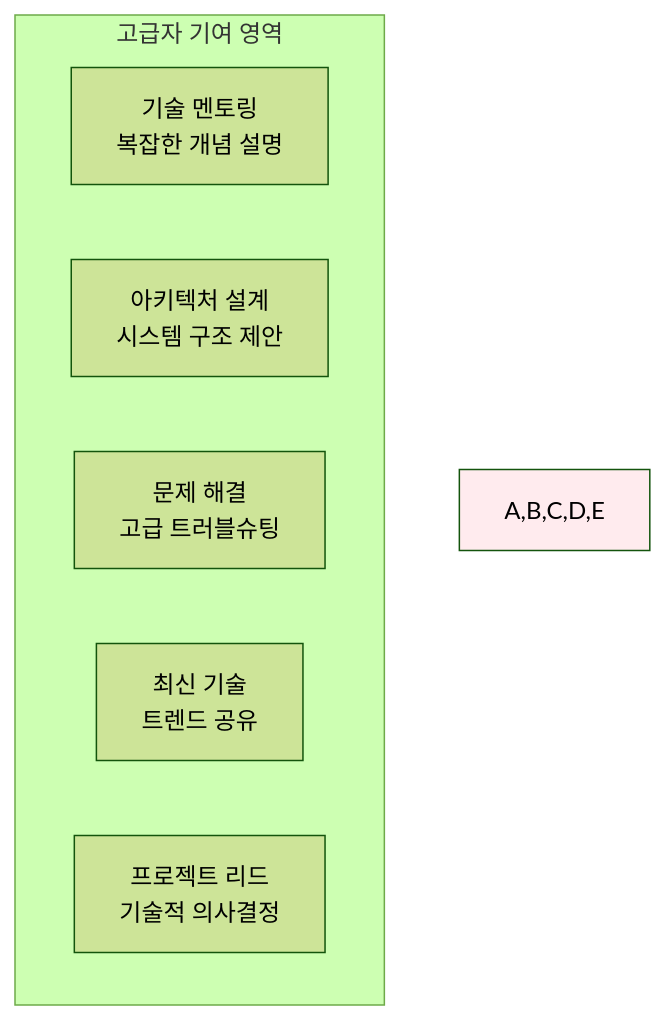
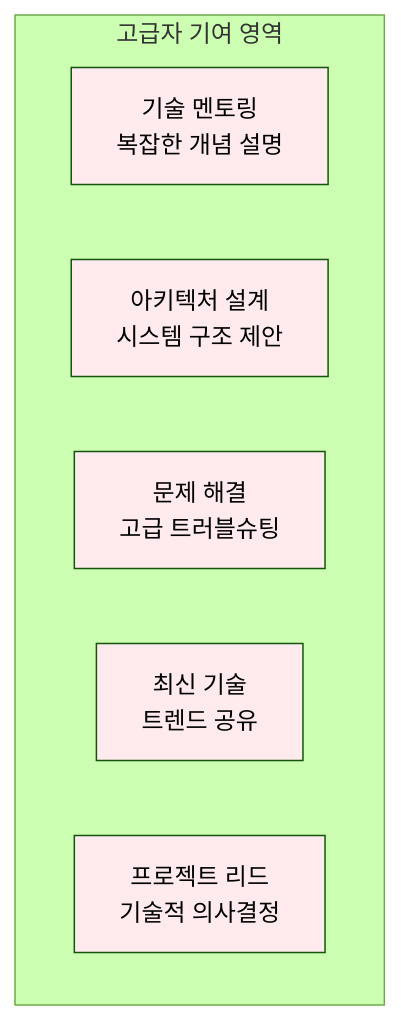
Before and after one commit to niceguy61/kdt_devops_lecture_2025: the third of 3 diagrams in theory/week_02/day4/session_5.md, drawn with Mermaid (forest theme). The commit also changed other lines of this file and 12 other files, not shown here.

Commit message:
mermaid 수정

````diff
--- a/theory/week_02/day4/session_5.md
+++ b/theory/week_02/day4/session_5.md
@@ -137,12 +145,16 @@
 ```mermaid
 graph TB
     subgraph "고급자 기여 영역"
         A[기술 멘토링<br/>복잡한 개념 설명]
         B[아키텍처 설계<br/>시스템 구조 제안]
         C[문제 해결<br/>고급 트러블슈팅]
         D[최신 기술<br/>트렌드 공유]
         E[프로젝트 리드<br/>기술적 의사결정]
     end
     
-    style A,B,C,D,E fill:#ffebee
+    style A fill:#ffebee
+    style B fill:#ffebee
+    style C fill:#ffebee
+    style D fill:#ffebee
+    style E fill:#ffebee
 ```
````
